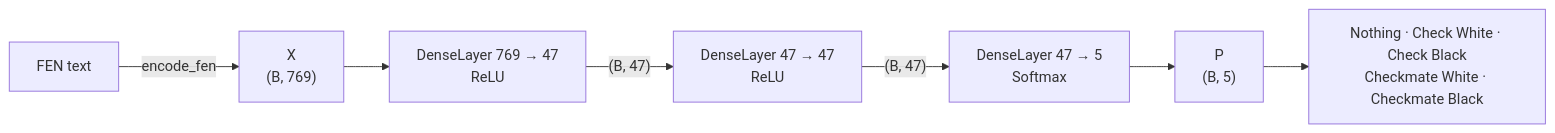
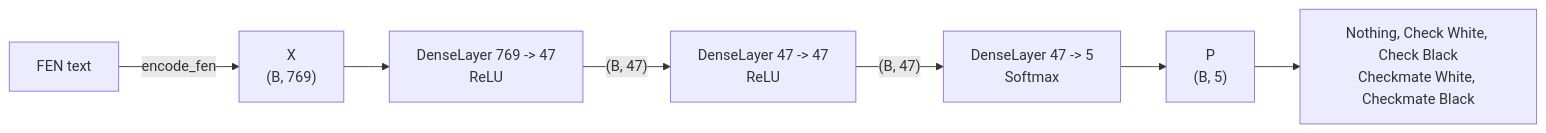
The first of 4 diagrams in docs/my_torch.md (Eukyrios/my_torch), drawn with Mermaid before and after one commit. The commit also changed other lines of this file and 9 other files, not shown here.

````diff
--- a/docs/my_torch.md
+++ b/docs/my_torch.md
@@ -49,9 +49,9 @@
 ```mermaid
 flowchart LR
     FEN["FEN text"] -->|encode_fen| X["X<br/>(B, 769)"]
-    X --> L1["DenseLayer 769 → 47<br/>ReLU"]
-    L1 -->|"(B, 47)"| L2["DenseLayer 47 → 47<br/>ReLU"]
-    L2 -->|"(B, 47)"| L3["DenseLayer 47 → 5<br/>Softmax"]
+    X --> L1["DenseLayer 769 -> 47<br/>ReLU"]
+    L1 -->|"(B, 47)"| L2["DenseLayer 47 -> 47<br/>ReLU"]
+    L2 -->|"(B, 47)"| L3["DenseLayer 47 -> 5<br/>Softmax"]
     L3 --> P["P<br/>(B, 5)"]
-    P --> C["Nothing · Check White · Check Black<br/>Checkmate White · Checkmate Black"]
+    P --> C["Nothing, Check White, Check Black<br/>Checkmate White, Checkmate Black"]
 ```
````
